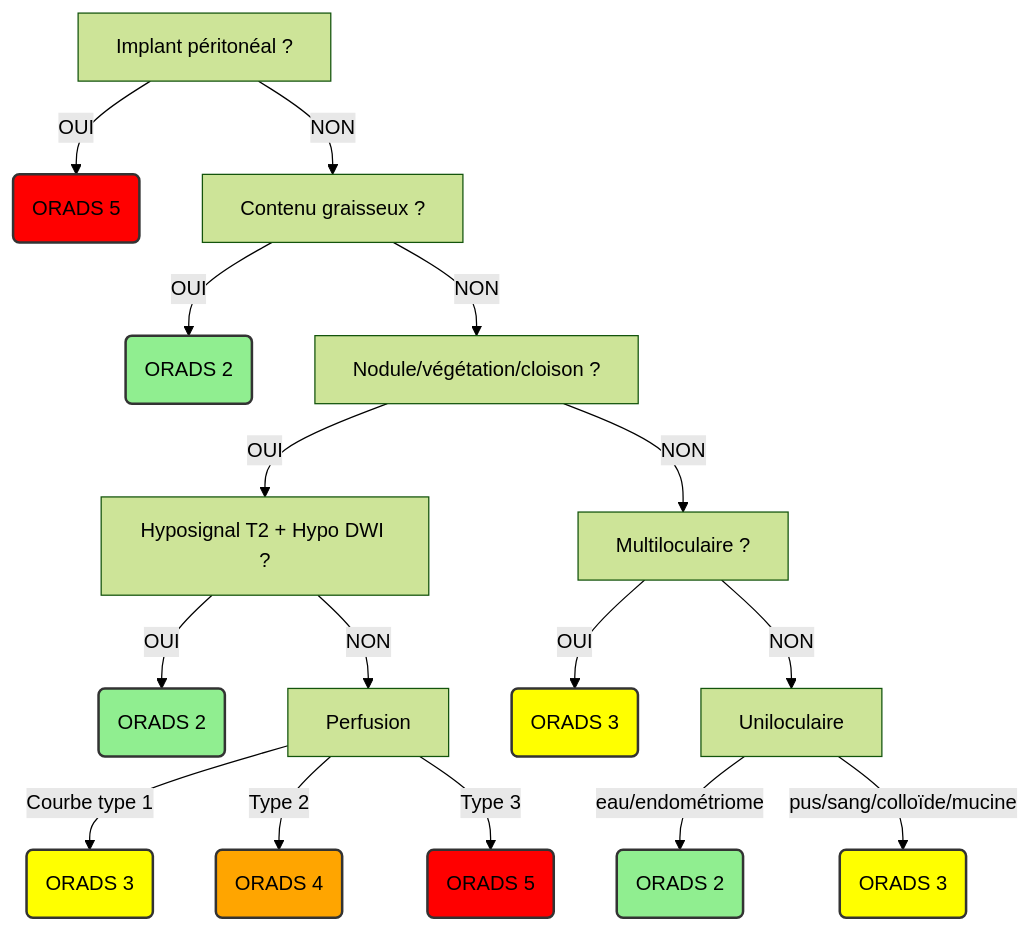
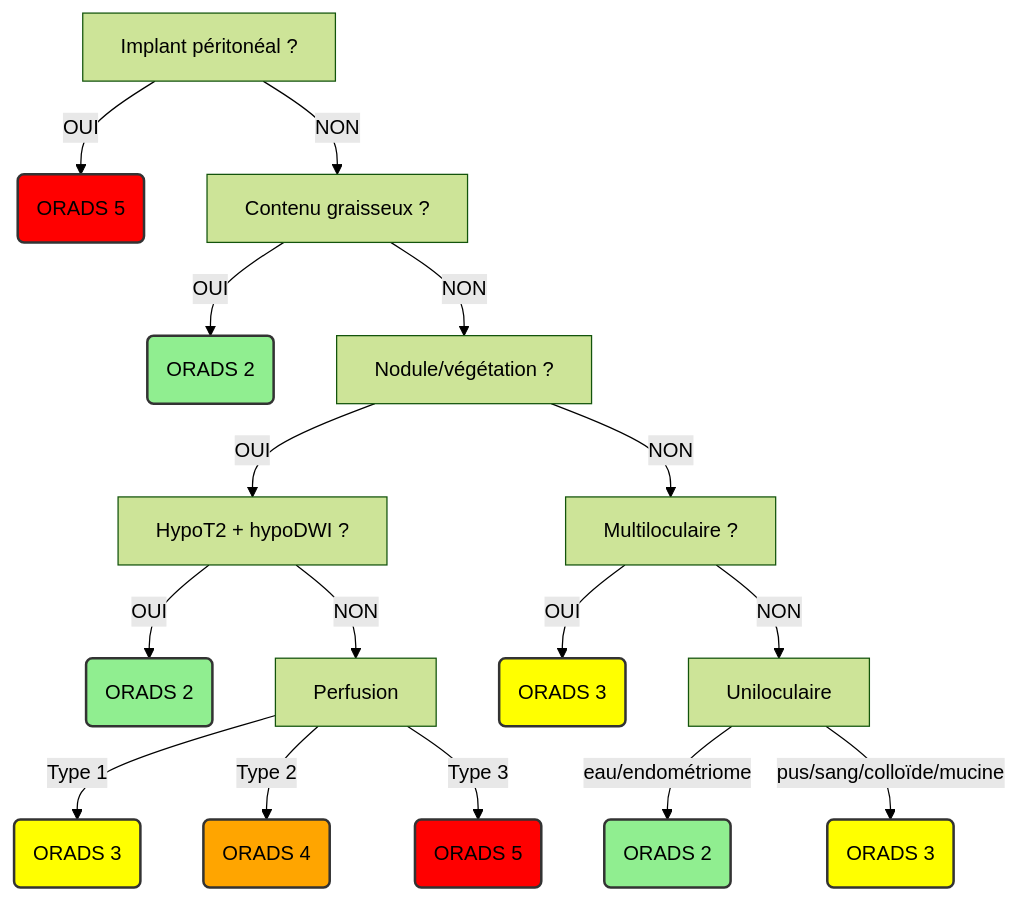
One commit to drlefevre/drlef changed the diagram in docs/femme/ovaires.md. Above: the diagram before and after it, drawn with Mermaid (forest theme). The commit also changed other lines of this file, not shown here.

````diff
--- a/docs/femme/ovaires.md
+++ b/docs/femme/ovaires.md
@@ -40,33 +40,33 @@
 ``` mermaid
 graph TD
     B[Implant péritonéal ?] -->|OUI| R5(ORADS 5)
     B -->|NON| C[Contenu graisseux ?]
     
     C -->|OUI| R2a(ORADS 2)
-    C -->|NON| E[Nodule/végétation/cloison ?]
+    C -->|NON| E[Nodule/végétation ?]
     
-    E -->|OUI| F[Hyposignal T2 + Hypo DWI ?]
+    E -->|OUI| F[HypoT2 + hypoDWI ?]
     F -->|OUI| R2b(ORADS 2)
     F -->|NON| G[Perfusion]
     
-    G -->|Courbe type 1| R3a(ORADS 3)
+    G -->|Type 1| R3a(ORADS 3)
     G -->|Type 2| R4(ORADS 4)
     G -->|Type 3| R5b(ORADS 5)
     
     E -->|NON| H[Multiloculaire ?]
     H -->|OUI| R3b(ORADS 3)
     H -->|NON| I[Uniloculaire]
 
     I -->|eau/endométriome| R2c(ORADS 2)
     I -->|pus/sang/colloïde/mucine| R3c(ORADS 3)
 
     style R2a fill:#90ee90,stroke:#333,stroke-width:2px
     style R2b fill:#90ee90,stroke:#333,stroke-width:2px
     style R2c fill:#90ee90,stroke:#333,stroke-width:2px
     style R3a fill:#ffff00,stroke:#333,stroke-width:2px
     style R3b fill:#ffff00,stroke:#333,stroke-width:2px
     style R3c fill:#ffff00,stroke:#333,stroke-width:2px
     style R4 fill:#ffa500,stroke:#333,stroke-width:2px
     style R5 fill:#ff0000,stroke:#333,stroke-width:2px
     style R5b fill:#ff0000,stroke:#333,stroke-width:2px
 ```
````
